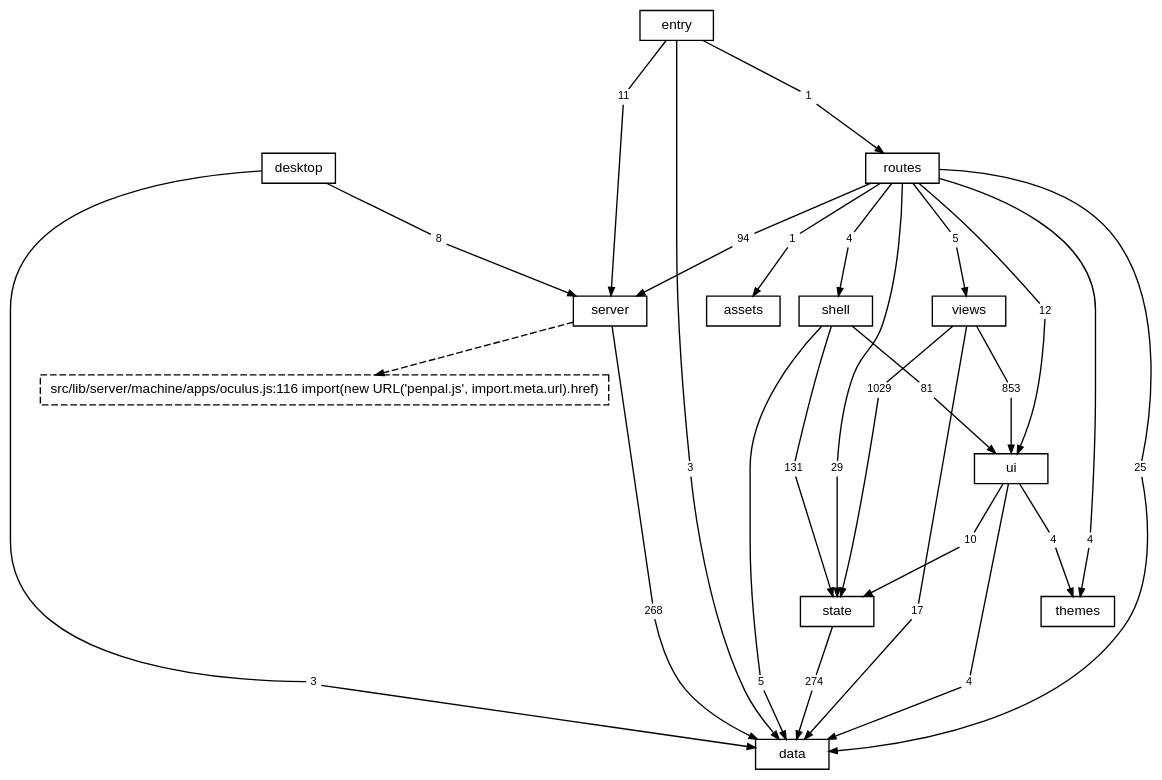
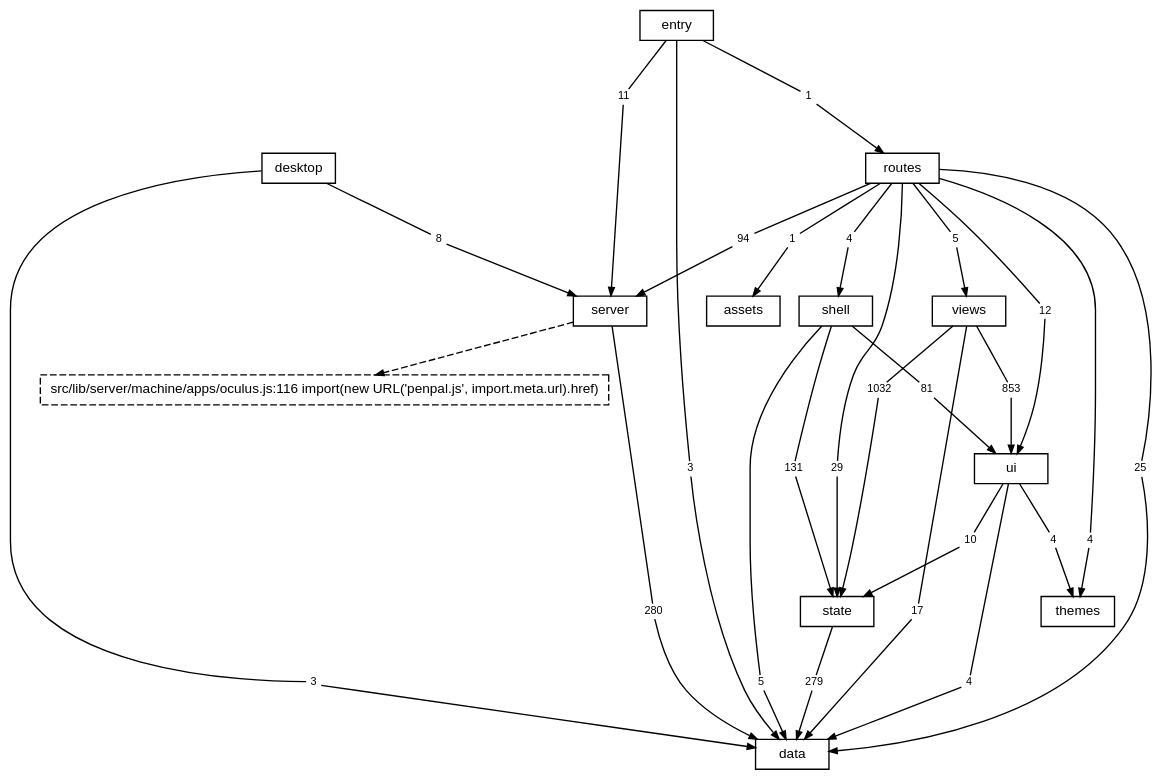
The diagram in docs/diagrams/layers.dot (TheAxeC/oculus), drawn with Graphviz before and after one commit. The commit also changed 162 other files, not shown here.

```diff
--- a/docs/diagrams/layers.dot
+++ b/docs/diagrams/layers.dot
@@ -1,90 +1,90 @@
 digraph layers {
     graph [bgcolor="transparent", rankdir=TB, newrank=true, fontname="Helvetica,Arial,sans-serif", fontsize=12, nodesep=0.2, ranksep=0.5];
     node [shape=box, color="black", fontcolor="black", fontname="Helvetica,Arial,sans-serif", fontsize=10, height=0.3, margin="0.12,0.04"];
     edge [color="black", fontcolor="black", fontname="Helvetica,Arial,sans-serif", fontsize=8, arrowsize=0.6];
     "data";
     "server";
     "state";
     "ui";
     "shell";
     "views";
     "themes";
     "routes";
     "desktop";
     "src" [label="entry"];
     "files: assets" [label="assets"];
     "? src/lib/server/machine/apps/oculus.js:116" [label="src/lib/server/machine/apps/oculus.js:116 import(new URL('penpal.js', import.meta.url).href)", style=dashed];
     "desktop to data" [label="3", shape=box, color="transparent", fontsize=8, width=0, height=0, margin="0.04,0.02"];
     "desktop" -> "desktop to data" [arrowhead=none];
     "desktop to data" -> "data" [];
     "desktop to server" [label="8", shape=box, color="transparent", fontsize=8, width=0, height=0, margin="0.04,0.02"];
     "desktop" -> "desktop to server" [arrowhead=none];
     "desktop to server" -> "server" [];
     "routes to data" [label="25", shape=box, color="transparent", fontsize=8, width=0, height=0, margin="0.04,0.02"];
     "routes" -> "routes to data" [arrowhead=none];
     "routes to data" -> "data" [];
     "routes to files: assets" [label="1", shape=box, color="transparent", fontsize=8, width=0, height=0, margin="0.04,0.02"];
     "routes" -> "routes to files: assets" [arrowhead=none];
     "routes to files: assets" -> "files: assets" [];
     "routes to server" [label="94", shape=box, color="transparent", fontsize=8, width=0, height=0, margin="0.04,0.02"];
     "routes" -> "routes to server" [arrowhead=none];
     "routes to server" -> "server" [];
     "routes to shell" [label="4", shape=box, color="transparent", fontsize=8, width=0, height=0, margin="0.04,0.02"];
     "routes" -> "routes to shell" [arrowhead=none];
     "routes to shell" -> "shell" [];
     "routes to state" [label="29", shape=box, color="transparent", fontsize=8, width=0, height=0, margin="0.04,0.02"];
     "routes" -> "routes to state" [arrowhead=none];
     "routes to state" -> "state" [];
     "routes to themes" [label="4", shape=box, color="transparent", fontsize=8, width=0, height=0, margin="0.04,0.02"];
     "routes" -> "routes to themes" [arrowhead=none];
     "routes to themes" -> "themes" [];
     "routes to ui" [label="12", shape=box, color="transparent", fontsize=8, width=0, height=0, margin="0.04,0.02"];
     "routes" -> "routes to ui" [arrowhead=none];
     "routes to ui" -> "ui" [];
     "routes to views" [label="5", shape=box, color="transparent", fontsize=8, width=0, height=0, margin="0.04,0.02"];
     "routes" -> "routes to views" [arrowhead=none];
     "routes to views" -> "views" [];
-    "server to data" [label="268", shape=box, color="transparent", fontsize=8, width=0, height=0, margin="0.04,0.02"];
+    "server to data" [label="280", shape=box, color="transparent", fontsize=8, width=0, height=0, margin="0.04,0.02"];
     "server" -> "server to data" [arrowhead=none];
     "server to data" -> "data" [];
     "shell to data" [label="5", shape=box, color="transparent", fontsize=8, width=0, height=0, margin="0.04,0.02"];
     "shell" -> "shell to data" [arrowhead=none];
     "shell to data" -> "data" [];
     "shell to state" [label="131", shape=box, color="transparent", fontsize=8, width=0, height=0, margin="0.04,0.02"];
     "shell" -> "shell to state" [arrowhead=none];
     "shell to state" -> "state" [];
     "shell to ui" [label="81", shape=box, color="transparent", fontsize=8, width=0, height=0, margin="0.04,0.02"];
     "shell" -> "shell to ui" [arrowhead=none];
     "shell to ui" -> "ui" [];
     "src to data" [label="3", shape=box, color="transparent", fontsize=8, width=0, height=0, margin="0.04,0.02"];
     "src" -> "src to data" [arrowhead=none];
     "src to data" -> "data" [];
     "src to routes" [label="1", shape=box, color="transparent", fontsize=8, width=0, height=0, margin="0.04,0.02"];
     "src" -> "src to routes" [arrowhead=none];
     "src to routes" -> "routes" [];
     "src to server" [label="11", shape=box, color="transparent", fontsize=8, width=0, height=0, margin="0.04,0.02"];
     "src" -> "src to server" [arrowhead=none];
     "src to server" -> "server" [];
-    "state to data" [label="274", shape=box, color="transparent", fontsize=8, width=0, height=0, margin="0.04,0.02"];
+    "state to data" [label="279", shape=box, color="transparent", fontsize=8, width=0, height=0, margin="0.04,0.02"];
     "state" -> "state to data" [arrowhead=none];
     "state to data" -> "data" [];
     "ui to data" [label="4", shape=box, color="transparent", fontsize=8, width=0, height=0, margin="0.04,0.02"];
     "ui" -> "ui to data" [arrowhead=none];
     "ui to data" -> "data" [];
     "ui to state" [label="10", shape=box, color="transparent", fontsize=8, width=0, height=0, margin="0.04,0.02"];
     "ui" -> "ui to state" [arrowhead=none];
     "ui to state" -> "state" [];
     "ui to themes" [label="4", shape=box, color="transparent", fontsize=8, width=0, height=0, margin="0.04,0.02"];
     "ui" -> "ui to themes" [arrowhead=none];
     "ui to themes" -> "themes" [];
     "views to data" [label="17", shape=box, color="transparent", fontsize=8, width=0, height=0, margin="0.04,0.02"];
     "views" -> "views to data" [arrowhead=none];
     "views to data" -> "data" [];
-    "views to state" [label="1029", shape=box, color="transparent", fontsize=8, width=0, height=0, margin="0.04,0.02"];
+    "views to state" [label="1032", shape=box, color="transparent", fontsize=8, width=0, height=0, margin="0.04,0.02"];
     "views" -> "views to state" [arrowhead=none];
     "views to state" -> "state" [];
     "views to ui" [label="853", shape=box, color="transparent", fontsize=8, width=0, height=0, margin="0.04,0.02"];
     "views" -> "views to ui" [arrowhead=none];
     "views to ui" -> "ui" [];
     "server" -> "? src/lib/server/machine/apps/oculus.js:116" [style=dashed];
 }
```
